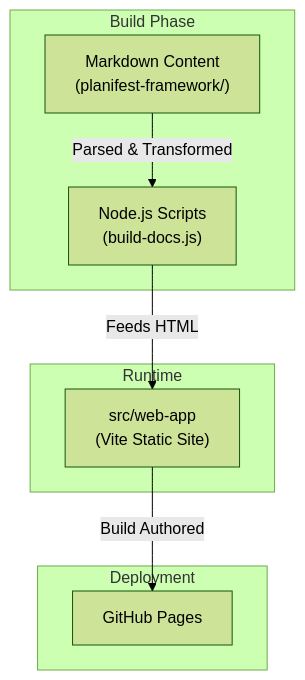
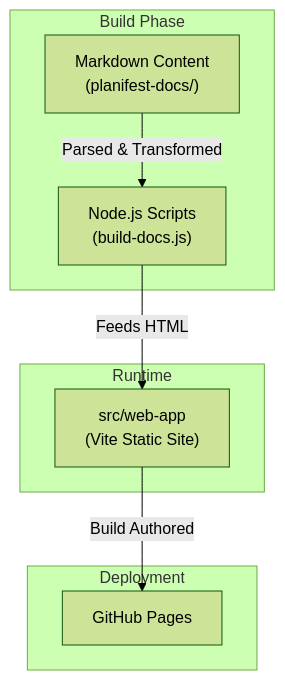
Before and after one commit to planifest/planifest-website: the diagram in docs/dependency-graph.md, drawn with Mermaid (forest theme). The commit also changed 9 other files, not shown here.

````diff
--- a/docs/dependency-graph.md
+++ b/docs/dependency-graph.md
@@ -3,19 +3,19 @@
 ```mermaid
 graph TD
     subgraph Build Phase
-        md["Markdown Content\n(planifest-framework/)"]
+        md["Markdown Content\n(planifest-docs/)"]
         builder["Node.js Scripts\n(build-docs.js)"]
     end
     
     subgraph Runtime
         webapp["src/web-app\n(Vite Static Site)"]
     end
     
     subgraph Deployment
         ghpages["GitHub Pages"]
     end
 
     md -- "Parsed & Transformed" --> builder
     builder -- "Feeds HTML" --> webapp
     webapp -- "Build Authored" --> ghpages
 ```
````
